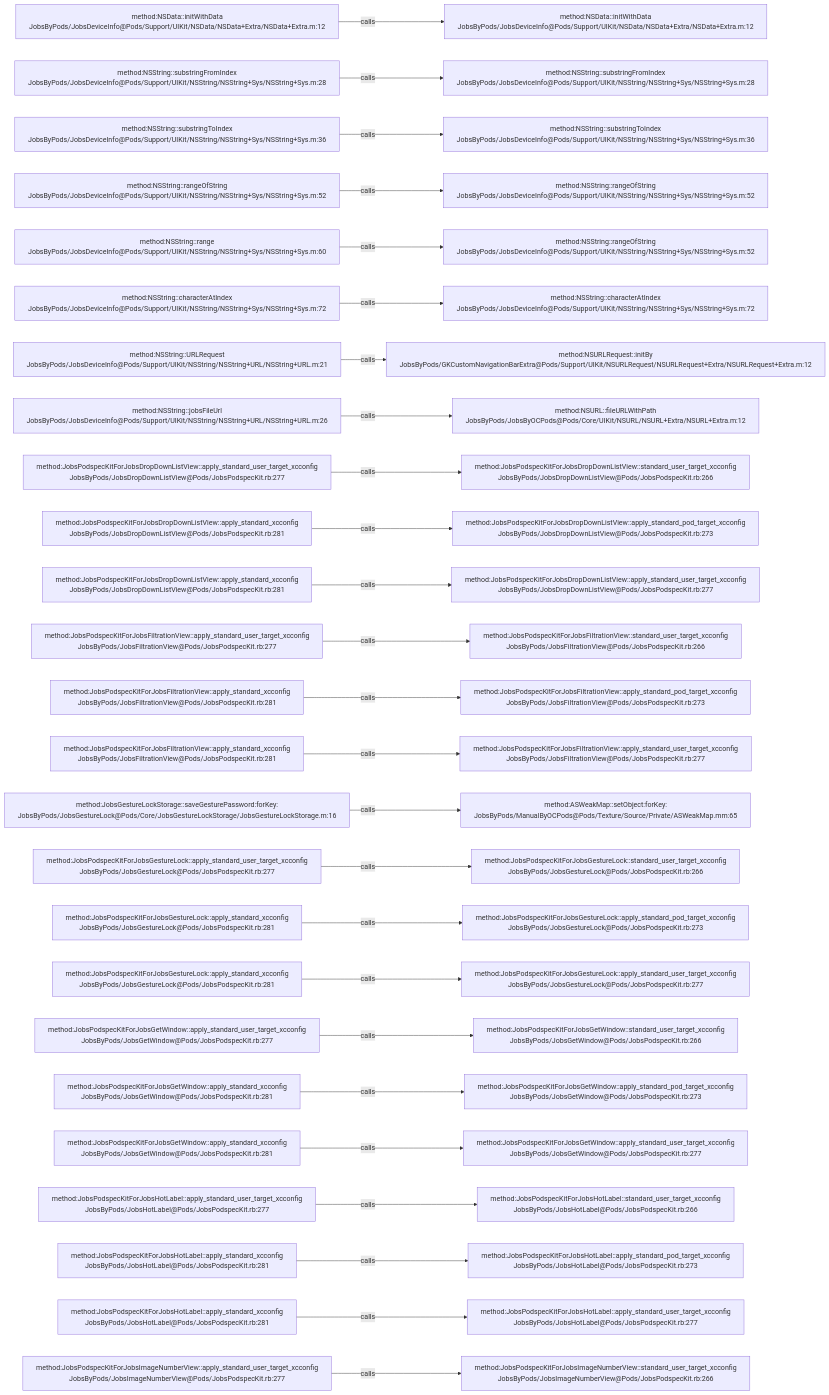
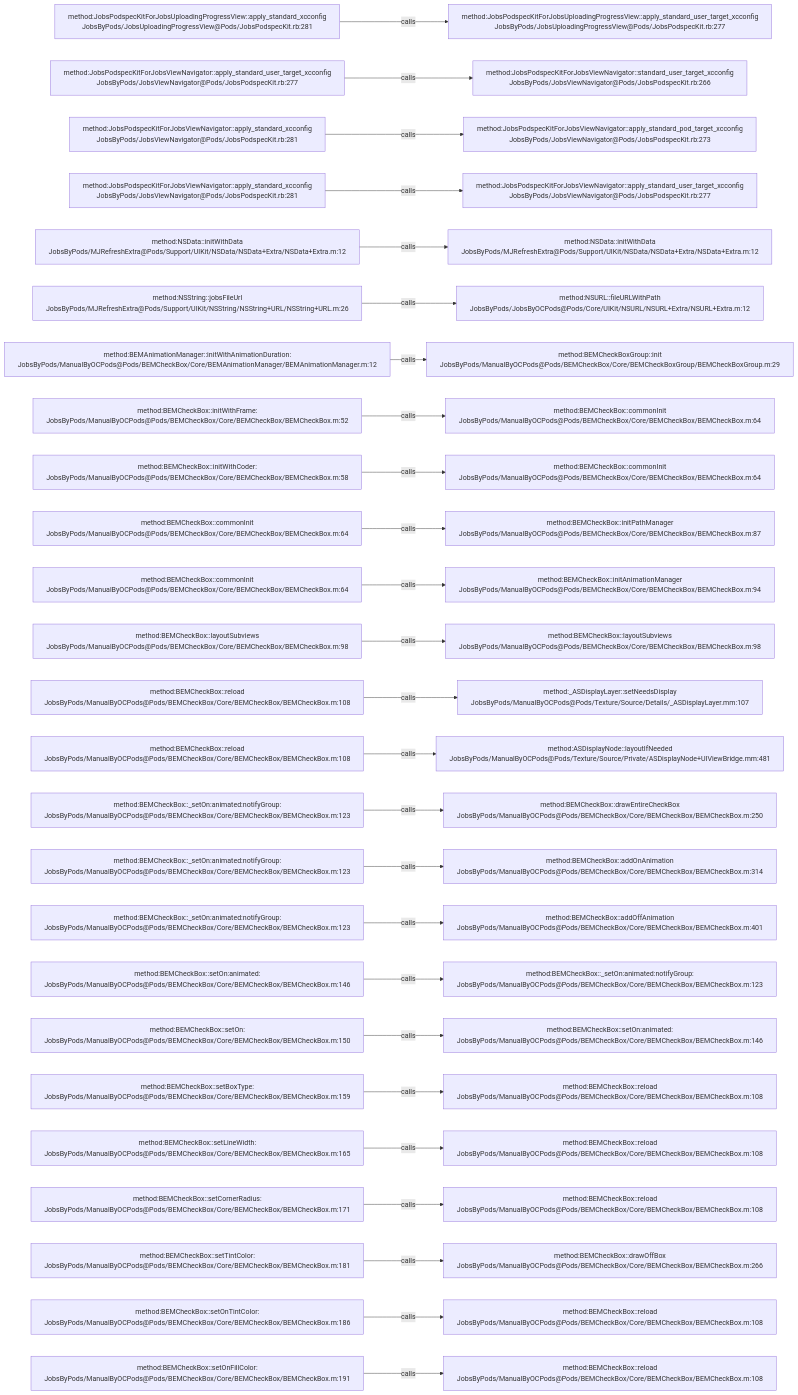
One commit to JobsKits/JobsOCBaseConfigDemo changed the diagram in .codegraph/codegraph.md/graphs/calls-008.md. Above: the diagram before and after it, drawn with Mermaid. The commit also changed 1448 other files, not shown here.

````diff
--- a/.codegraph/codegraph.md/graphs/calls-008.md
+++ b/.codegraph/codegraph.md/graphs/calls-008.md
@@ -13,78 +13,78 @@
 ```mermaid
 flowchart LR
-  S1["method:NSData::initWithData<br/>JobsByPods/JobsDeviceInfo@Pods/Support/UIKit/NSData/NSData+Extra/NSData+Extra.m:12"]
-  T1["method:NSData::initWithData<br/>JobsByPods/JobsDeviceInfo@Pods/Support/UIKit/NSData/NSData+Extra/NSData+Extra.m:12"]
+  S1["method:JobsPodspecKitForJobsUploadingProgressView::apply_standard_xcconfig<br/>JobsByPods/JobsUploadingProgressView@Pods/JobsPodspecKit.rb:281"]
+  T1["method:JobsPodspecKitForJobsUploadingProgressView::apply_standard_user_target_xcconfig<br/>JobsByPods/JobsUploadingProgressView@Pods/JobsPodspecKit.rb:277"]
   S1 -->|calls| T1
-  S2["method:NSString::substringFromIndex<br/>JobsByPods/JobsDeviceInfo@Pods/Support/UIKit/NSString/NSString+Sys/NSString+Sys.m:28"]
-  T2["method:NSString::substringFromIndex<br/>JobsByPods/JobsDeviceInfo@Pods/Support/UIKit/NSString/NSString+Sys/NSString+Sys.m:28"]
+  S2["method:JobsPodspecKitForJobsViewNavigator::apply_standard_user_target_xcconfig<br/>JobsByPods/JobsViewNavigator@Pods/JobsPodspecKit.rb:277"]
+  T2["method:JobsPodspecKitForJobsViewNavigator::standard_user_target_xcconfig<br/>JobsByPods/JobsViewNavigator@Pods/JobsPodspecKit.rb:266"]
   S2 -->|calls| T2
-  S3["method:NSString::substringToIndex<br/>JobsByPods/JobsDeviceInfo@Pods/Support/UIKit/NSString/NSString+Sys/NSString+Sys.m:36"]
-  T3["method:NSString::substringToIndex<br/>JobsByPods/JobsDeviceInfo@Pods/Support/UIKit/NSString/NSString+Sys/NSString+Sys.m:36"]
+  S3["method:JobsPodspecKitForJobsViewNavigator::apply_standard_xcconfig<br/>JobsByPods/JobsViewNavigator@Pods/JobsPodspecKit.rb:281"]
+  T3["method:JobsPodspecKitForJobsViewNavigator::apply_standard_pod_target_xcconfig<br/>JobsByPods/JobsViewNavigator@Pods/JobsPodspecKit.rb:273"]
   S3 -->|calls| T3
-  S4["method:NSString::rangeOfString<br/>JobsByPods/JobsDeviceInfo@Pods/Support/UIKit/NSString/NSString+Sys/NSString+Sys.m:52"]
-  T4["method:NSString::rangeOfString<br/>JobsByPods/JobsDeviceInfo@Pods/Support/UIKit/NSString/NSString+Sys/NSString+Sys.m:52"]
+  S4["method:JobsPodspecKitForJobsViewNavigator::apply_standard_xcconfig<br/>JobsByPods/JobsViewNavigator@Pods/JobsPodspecKit.rb:281"]
+  T4["method:JobsPodspecKitForJobsViewNavigator::apply_standard_user_target_xcconfig<br/>JobsByPods/JobsViewNavigator@Pods/JobsPodspecKit.rb:277"]
   S4 -->|calls| T4
-  S5["method:NSString::range<br/>JobsByPods/JobsDeviceInfo@Pods/Support/UIKit/NSString/NSString+Sys/NSString+Sys.m:60"]
-  T5["method:NSString::rangeOfString<br/>JobsByPods/JobsDeviceInfo@Pods/Support/UIKit/NSString/NSString+Sys/NSString+Sys.m:52"]
+  S5["method:NSData::initWithData<br/>JobsByPods/MJRefreshExtra@Pods/Support/UIKit/NSData/NSData+Extra/NSData+Extra.m:12"]
+  T5["method:NSData::initWithData<br/>JobsByPods/MJRefreshExtra@Pods/Support/UIKit/NSData/NSData+Extra/NSData+Extra.m:12"]
   S5 -->|calls| T5
-  S6["method:NSString::characterAtIndex<br/>JobsByPods/JobsDeviceInfo@Pods/Support/UIKit/NSString/NSString+Sys/NSString+Sys.m:72"]
-  T6["method:NSString::characterAtIndex<br/>JobsByPods/JobsDeviceInfo@Pods/Support/UIKit/NSString/NSString+Sys/NSString+Sys.m:72"]
+  S6["method:NSString::jobsFileUrl<br/>JobsByPods/MJRefreshExtra@Pods/Support/UIKit/NSString/NSString+URL/NSString+URL.m:26"]
+  T6["method:NSURL::fileURLWithPath<br/>JobsByPods/JobsByOCPods@Pods/Core/UIKit/NSURL/NSURL+Extra/NSURL+Extra.m:12"]
   S6 -->|calls| T6
-  S7["method:NSString::URLRequest<br/>JobsByPods/JobsDeviceInfo@Pods/Support/UIKit/NSString/NSString+URL/NSString+URL.m:21"]
-  T7["method:NSURLRequest::initBy<br/>JobsByPods/GKCustomNavigationBarExtra@Pods/Support/UIKit/NSURLRequest/NSURLRequest+Extra/NSURLRequest+Extra.m:12"]
+  S7["method:BEMAnimationManager::initWithAnimationDuration:<br/>JobsByPods/ManualByOCPods@Pods/BEMCheckBox/Core/BEMAnimationManager/BEMAnimationManager.m:12"]
+  T7["method:BEMCheckBoxGroup::init<br/>JobsByPods/ManualByOCPods@Pods/BEMCheckBox/Core/BEMCheckBoxGroup/BEMCheckBoxGroup.m:29"]
   S7 -->|calls| T7
-  S8["method:NSString::jobsFileUrl<br/>JobsByPods/JobsDeviceInfo@Pods/Support/UIKit/NSString/NSString+URL/NSString+URL.m:26"]
-  T8["method:NSURL::fileURLWithPath<br/>JobsByPods/JobsByOCPods@Pods/Core/UIKit/NSURL/NSURL+Extra/NSURL+Extra.m:12"]
+  S8["method:BEMCheckBox::initWithFrame:<br/>JobsByPods/ManualByOCPods@Pods/BEMCheckBox/Core/BEMCheckBox/BEMCheckBox.m:52"]
+  T8["method:BEMCheckBox::commonInit<br/>JobsByPods/ManualByOCPods@Pods/BEMCheckBox/Core/BEMCheckBox/BEMCheckBox.m:64"]
   S8 -->|calls| T8
-  S9["method:JobsPodspecKitForJobsDropDownListView::apply_standard_user_target_xcconfig<br/>JobsByPods/JobsDropDownListView@Pods/JobsPodspecKit.rb:277"]
-  T9["method:JobsPodspecKitForJobsDropDownListView::standard_user_target_xcconfig<br/>JobsByPods/JobsDropDownListView@Pods/JobsPodspecKit.rb:266"]
+  S9["method:BEMCheckBox::initWithCoder:<br/>JobsByPods/ManualByOCPods@Pods/BEMCheckBox/Core/BEMCheckBox/BEMCheckBox.m:58"]
+  T9["method:BEMCheckBox::commonInit<br/>JobsByPods/ManualByOCPods@Pods/BEMCheckBox/Core/BEMCheckBox/BEMCheckBox.m:64"]
   S9 -->|calls| T9
-  S10["method:JobsPodspecKitForJobsDropDownListView::apply_standard_xcconfig<br/>JobsByPods/JobsDropDownListView@Pods/JobsPodspecKit.rb:281"]
-  T10["method:JobsPodspecKitForJobsDropDownListView::apply_standard_pod_target_xcconfig<br/>JobsByPods/JobsDropDownListView@Pods/JobsPodspecKit.rb:273"]
+  S10["method:BEMCheckBox::commonInit<br/>JobsByPods/ManualByOCPods@Pods/BEMCheckBox/Core/BEMCheckBox/BEMCheckBox.m:64"]
+  T10["method:BEMCheckBox::initPathManager<br/>JobsByPods/ManualByOCPods@Pods/BEMCheckBox/Core/BEMCheckBox/BEMCheckBox.m:87"]
   S10 -->|calls| T10
-  S11["method:JobsPodspecKitForJobsDropDownListView::apply_standard_xcconfig<br/>JobsByPods/JobsDropDownListView@Pods/JobsPodspecKit.rb:281"]
-  T11["method:JobsPodspecKitForJobsDropDownListView::apply_standard_user_target_xcconfig<br/>JobsByPods/JobsDropDownListView@Pods/JobsPodspecKit.rb:277"]
+  S11["method:BEMCheckBox::commonInit<br/>JobsByPods/ManualByOCPods@Pods/BEMCheckBox/Core/BEMCheckBox/BEMCheckBox.m:64"]
+  T11["method:BEMCheckBox::initAnimationManager<br/>JobsByPods/ManualByOCPods@Pods/BEMCheckBox/Core/BEMCheckBox/BEMCheckBox.m:94"]
   S11 -->|calls| T11
-  S12["method:JobsPodspecKitForJobsFiltrationView::apply_standard_user_target_xcconfig<br/>JobsByPods/JobsFiltrationView@Pods/JobsPodspecKit.rb:277"]
-  T12["method:JobsPodspecKitForJobsFiltrationView::standard_user_target_xcconfig<br/>JobsByPods/JobsFiltrationView@Pods/JobsPodspecKit.rb:266"]
+  S12["method:BEMCheckBox::layoutSubviews<br/>JobsByPods/ManualByOCPods@Pods/BEMCheckBox/Core/BEMCheckBox/BEMCheckBox.m:98"]
+  T12["method:BEMCheckBox::layoutSubviews<br/>JobsByPods/ManualByOCPods@Pods/BEMCheckBox/Core/BEMCheckBox/BEMCheckBox.m:98"]
   S12 -->|calls| T12
-  S13["method:JobsPodspecKitForJobsFiltrationView::apply_standard_xcconfig<br/>JobsByPods/JobsFiltrationView@Pods/JobsPodspecKit.rb:281"]
-  T13["method:JobsPodspecKitForJobsFiltrationView::apply_standard_pod_target_xcconfig<br/>JobsByPods/JobsFiltrationView@Pods/JobsPodspecKit.rb:273"]
+  S13["method:BEMCheckBox::reload<br/>JobsByPods/ManualByOCPods@Pods/BEMCheckBox/Core/BEMCheckBox/BEMCheckBox.m:108"]
+  T13["method:_ASDisplayLayer::setNeedsDisplay<br/>JobsByPods/ManualByOCPods@Pods/Texture/Source/Details/_ASDisplayLayer.mm:107"]
   S13 -->|calls| T13
-  S14["method:JobsPodspecKitForJobsFiltrationView::apply_standard_xcconfig<br/>JobsByPods/JobsFiltrationView@Pods/JobsPodspecKit.rb:281"]
-  T14["method:JobsPodspecKitForJobsFiltrationView::apply_standard_user_target_xcconfig<br/>JobsByPods/JobsFiltrationView@Pods/JobsPodspecKit.rb:277"]
+  S14["method:BEMCheckBox::reload<br/>JobsByPods/ManualByOCPods@Pods/BEMCheckBox/Core/BEMCheckBox/BEMCheckBox.m:108"]
+  T14["method:ASDisplayNode::layoutIfNeeded<br/>JobsByPods/ManualByOCPods@Pods/Texture/Source/Private/ASDisplayNode+UIViewBridge.mm:481"]
   S14 -->|calls| T14
-  S15["method:JobsGestureLockStorage::saveGesturePassword:forKey:<br/>JobsByPods/JobsGestureLock@Pods/Core/JobsGestureLockStorage/JobsGestureLockStorage.m:16"]
-  T15["method:ASWeakMap::setObject:forKey:<br/>JobsByPods/ManualByOCPods@Pods/Texture/Source/Private/ASWeakMap.mm:65"]
+  S15["method:BEMCheckBox::_setOn:animated:notifyGroup:<br/>JobsByPods/ManualByOCPods@Pods/BEMCheckBox/Core/BEMCheckBox/BEMCheckBox.m:123"]
+  T15["method:BEMCheckBox::drawEntireCheckBox<br/>JobsByPods/ManualByOCPods@Pods/BEMCheckBox/Core/BEMCheckBox/BEMCheckBox.m:250"]
   S15 -->|calls| T15
-  S16["method:JobsPodspecKitForJobsGestureLock::apply_standard_user_target_xcconfig<br/>JobsByPods/JobsGestureLock@Pods/JobsPodspecKit.rb:277"]
-  T16["method:JobsPodspecKitForJobsGestureLock::standard_user_target_xcconfig<br/>JobsByPods/JobsGestureLock@Pods/JobsPodspecKit.rb:266"]
+  S16["method:BEMCheckBox::_setOn:animated:notifyGroup:<br/>JobsByPods/ManualByOCPods@Pods/BEMCheckBox/Core/BEMCheckBox/BEMCheckBox.m:123"]
+  T16["method:BEMCheckBox::addOnAnimation<br/>JobsByPods/ManualByOCPods@Pods/BEMCheckBox/Core/BEMCheckBox/BEMCheckBox.m:314"]
   S16 -->|calls| T16
-  S17["method:JobsPodspecKitForJobsGestureLock::apply_standard_xcconfig<br/>JobsByPods/JobsGestureLock@Pods/JobsPodspecKit.rb:281"]
-  T17["method:JobsPodspecKitForJobsGestureLock::apply_standard_pod_target_xcconfig<br/>JobsByPods/JobsGestureLock@Pods/JobsPodspecKit.rb:273"]
+  S17["method:BEMCheckBox::_setOn:animated:notifyGroup:<br/>JobsByPods/ManualByOCPods@Pods/BEMCheckBox/Core/BEMCheckBox/BEMCheckBox.m:123"]
+  T17["method:BEMCheckBox::addOffAnimation<br/>JobsByPods/ManualByOCPods@Pods/BEMCheckBox/Core/BEMCheckBox/BEMCheckBox.m:401"]
   S17 -->|calls| T17
-  S18["method:JobsPodspecKitForJobsGestureLock::apply_standard_xcconfig<br/>JobsByPods/JobsGestureLock@Pods/JobsPodspecKit.rb:281"]
-  T18["method:JobsPodspecKitForJobsGestureLock::apply_standard_user_target_xcconfig<br/>JobsByPods/JobsGestureLock@Pods/JobsPodspecKit.rb:277"]
+  S18["method:BEMCheckBox::setOn:animated:<br/>JobsByPods/ManualByOCPods@Pods/BEMCheckBox/Core/BEMCheckBox/BEMCheckBox.m:146"]
+  T18["method:BEMCheckBox::_setOn:animated:notifyGroup:<br/>JobsByPods/ManualByOCPods@Pods/BEMCheckBox/Core/BEMCheckBox/BEMCheckBox.m:123"]
   S18 -->|calls| T18
-  S19["method:JobsPodspecKitForJobsGetWindow::apply_standard_user_target_xcconfig<br/>JobsByPods/JobsGetWindow@Pods/JobsPodspecKit.rb:277"]
-  T19["method:JobsPodspecKitForJobsGetWindow::standard_user_target_xcconfig<br/>JobsByPods/JobsGetWindow@Pods/JobsPodspecKit.rb:266"]
+  S19["method:BEMCheckBox::setOn:<br/>JobsByPods/ManualByOCPods@Pods/BEMCheckBox/Core/BEMCheckBox/BEMCheckBox.m:150"]
+  T19["method:BEMCheckBox::setOn:animated:<br/>JobsByPods/ManualByOCPods@Pods/BEMCheckBox/Core/BEMCheckBox/BEMCheckBox.m:146"]
   S19 -->|calls| T19
-  S20["method:JobsPodspecKitForJobsGetWindow::apply_standard_xcconfig<br/>JobsByPods/JobsGetWindow@Pods/JobsPodspecKit.rb:281"]
-  T20["method:JobsPodspecKitForJobsGetWindow::apply_standard_pod_target_xcconfig<br/>JobsByPods/JobsGetWindow@Pods/JobsPodspecKit.rb:273"]
+  S20["method:BEMCheckBox::setBoxType:<br/>JobsByPods/ManualByOCPods@Pods/BEMCheckBox/Core/BEMCheckBox/BEMCheckBox.m:159"]
+  T20["method:BEMCheckBox::reload<br/>JobsByPods/ManualByOCPods@Pods/BEMCheckBox/Core/BEMCheckBox/BEMCheckBox.m:108"]
   S20 -->|calls| T20
-  S21["method:JobsPodspecKitForJobsGetWindow::apply_standard_xcconfig<br/>JobsByPods/JobsGetWindow@Pods/JobsPodspecKit.rb:281"]
-  T21["method:JobsPodspecKitForJobsGetWindow::apply_standard_user_target_xcconfig<br/>JobsByPods/JobsGetWindow@Pods/JobsPodspecKit.rb:277"]
+  S21["method:BEMCheckBox::setLineWidth:<br/>JobsByPods/ManualByOCPods@Pods/BEMCheckBox/Core/BEMCheckBox/BEMCheckBox.m:165"]
+  T21["method:BEMCheckBox::reload<br/>JobsByPods/ManualByOCPods@Pods/BEMCheckBox/Core/BEMCheckBox/BEMCheckBox.m:108"]
   S21 -->|calls| T21
-  S22["method:JobsPodspecKitForJobsHotLabel::apply_standard_user_target_xcconfig<br/>JobsByPods/JobsHotLabel@Pods/JobsPodspecKit.rb:277"]
-  T22["method:JobsPodspecKitForJobsHotLabel::standard_user_target_xcconfig<br/>JobsByPods/JobsHotLabel@Pods/JobsPodspecKit.rb:266"]
+  S22["method:BEMCheckBox::setCornerRadius:<br/>JobsByPods/ManualByOCPods@Pods/BEMCheckBox/Core/BEMCheckBox/BEMCheckBox.m:171"]
+  T22["method:BEMCheckBox::reload<br/>JobsByPods/ManualByOCPods@Pods/BEMCheckBox/Core/BEMCheckBox/BEMCheckBox.m:108"]
   S22 -->|calls| T22
-  S23["method:JobsPodspecKitForJobsHotLabel::apply_standard_xcconfig<br/>JobsByPods/JobsHotLabel@Pods/JobsPodspecKit.rb:281"]
-  T23["method:JobsPodspecKitForJobsHotLabel::apply_standard_pod_target_xcconfig<br/>JobsByPods/JobsHotLabel@Pods/JobsPodspecKit.rb:273"]
+  S23["method:BEMCheckBox::setTintColor:<br/>JobsByPods/ManualByOCPods@Pods/BEMCheckBox/Core/BEMCheckBox/BEMCheckBox.m:181"]
+  T23["method:BEMCheckBox::drawOffBox<br/>JobsByPods/ManualByOCPods@Pods/BEMCheckBox/Core/BEMCheckBox/BEMCheckBox.m:266"]
   S23 -->|calls| T23
-  S24["method:JobsPodspecKitForJobsHotLabel::apply_standard_xcconfig<br/>JobsByPods/JobsHotLabel@Pods/JobsPodspecKit.rb:281"]
-  T24["method:JobsPodspecKitForJobsHotLabel::apply_standard_user_target_xcconfig<br/>JobsByPods/JobsHotLabel@Pods/JobsPodspecKit.rb:277"]
+  S24["method:BEMCheckBox::setOnTintColor:<br/>JobsByPods/ManualByOCPods@Pods/BEMCheckBox/Core/BEMCheckBox/BEMCheckBox.m:186"]
+  T24["method:BEMCheckBox::reload<br/>JobsByPods/ManualByOCPods@Pods/BEMCheckBox/Core/BEMCheckBox/BEMCheckBox.m:108"]
   S24 -->|calls| T24
-  S25["method:JobsPodspecKitForJobsImageNumberView::apply_standard_user_target_xcconfig<br/>JobsByPods/JobsImageNumberView@Pods/JobsPodspecKit.rb:277"]
-  T25["method:JobsPodspecKitForJobsImageNumberView::standard_user_target_xcconfig<br/>JobsByPods/JobsImageNumberView@Pods/JobsPodspecKit.rb:266"]
+  S25["method:BEMCheckBox::setOnFillColor:<br/>JobsByPods/ManualByOCPods@Pods/BEMCheckBox/Core/BEMCheckBox/BEMCheckBox.m:191"]
+  T25["method:BEMCheckBox::reload<br/>JobsByPods/ManualByOCPods@Pods/BEMCheckBox/Core/BEMCheckBox/BEMCheckBox.m:108"]
   S25 -->|calls| T25
 ```
````
